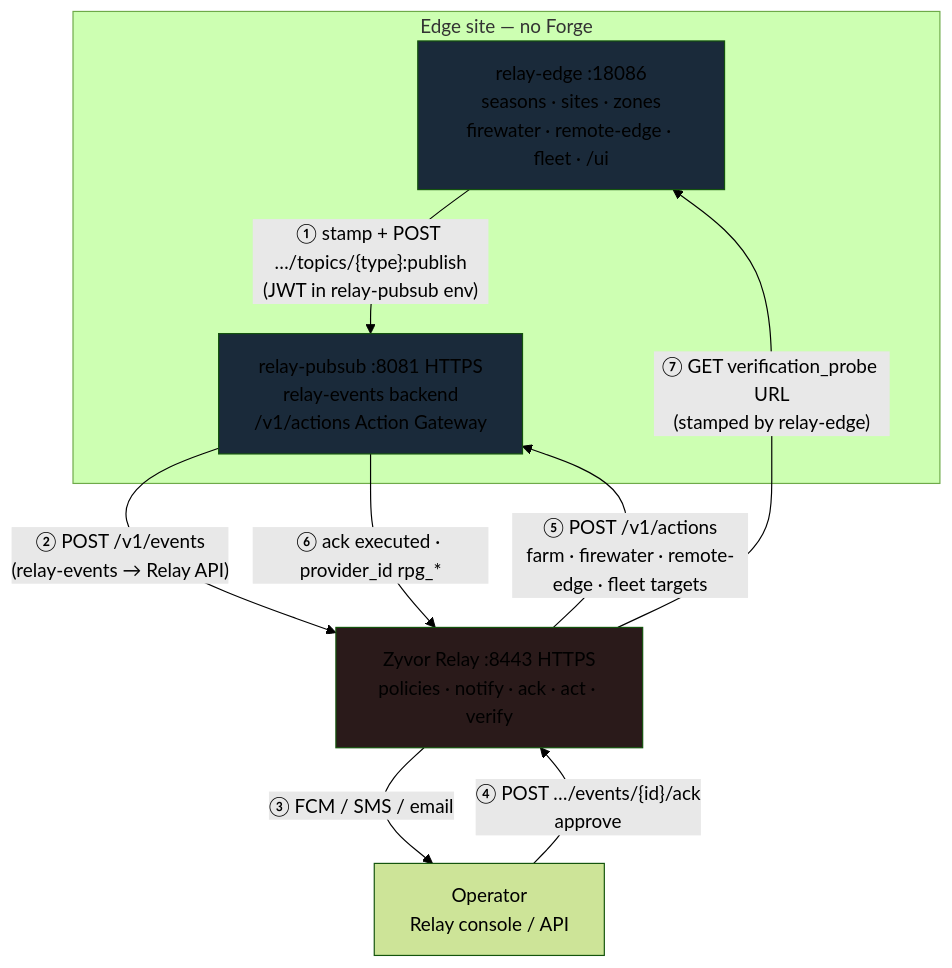
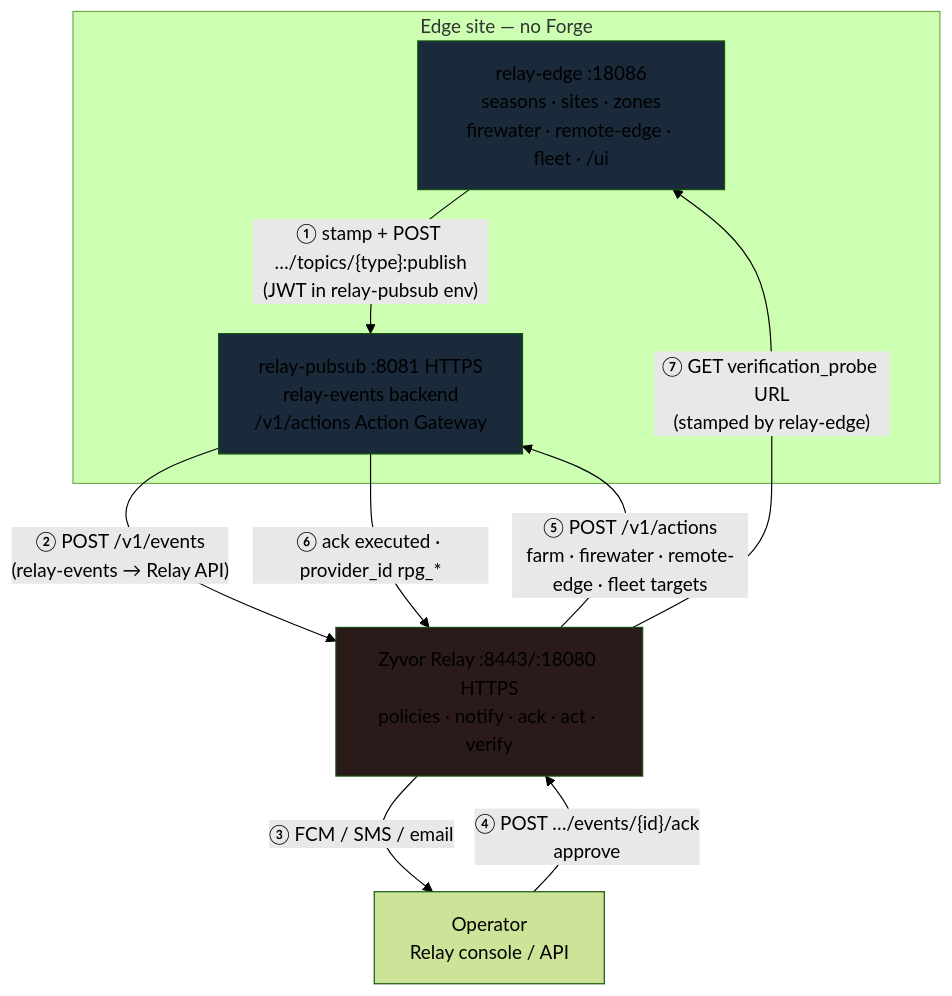
The second of 8 diagrams in docs/INTEGRATION.md (zyvorai/relay-edge), drawn with Mermaid (forest theme) before and after one commit. The commit also changed other lines of this file and 45 other files, not shown here.

````diff
--- a/docs/INTEGRATION.md
+++ b/docs/INTEGRATION.md
@@ -105,23 +105,23 @@
 ```mermaid
 flowchart TB
   subgraph edge_site["Edge site — no Forge"]
     FE["relay-edge :18086\nseasons · sites · zones\nfirewater · remote-edge · fleet · /ui"]
     PS["relay-pubsub :8081 HTTPS\nrelay-events backend\n/v1/actions Action Gateway"]
   end
 
-  RL["Zyvor Relay :8443 HTTPS\npolicies · notify · ack · act · verify"]
+  RL["Zyvor Relay :8443/:18080 HTTPS\npolicies · notify · ack · act · verify"]
 
   OP["Operator\nRelay console / API"]
 
   FE -->|"① stamp + POST …/topics/{type}:publish\n(JWT in relay-pubsub env)"| PS
   PS -->|"② POST /v1/events\n(relay-events → Relay API)"| RL
   RL -->|"③ FCM / SMS / email"| OP
   OP -->|"④ POST …/events/{id}/ack\napprove"| RL
   RL -->|"⑤ POST /v1/actions\nfarm · firewater · remote-edge · fleet targets"| PS
   PS -->|"⑥ ack executed · provider_id rpg_*"| RL
   RL -->|"⑦ GET verification_probe URL\n(stamped by relay-edge)"| FE
 
   style FE fill:#1a2a3a
   style PS fill:#1a2a3a
   style RL fill:#2a1a1a
 ```
````
